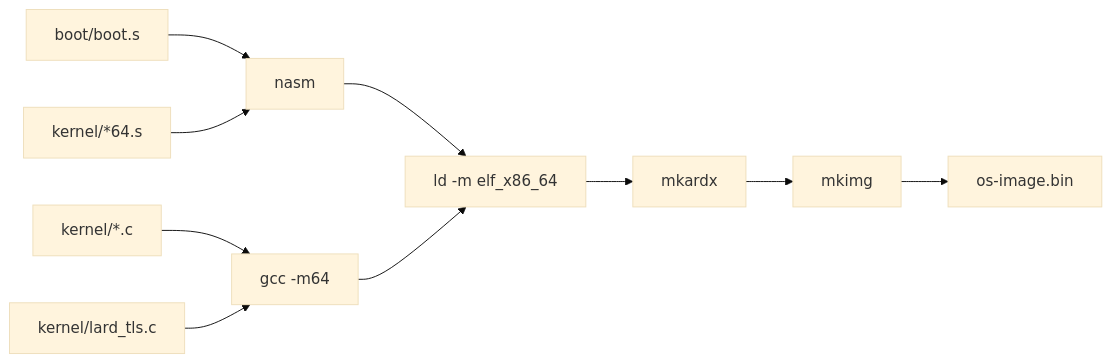
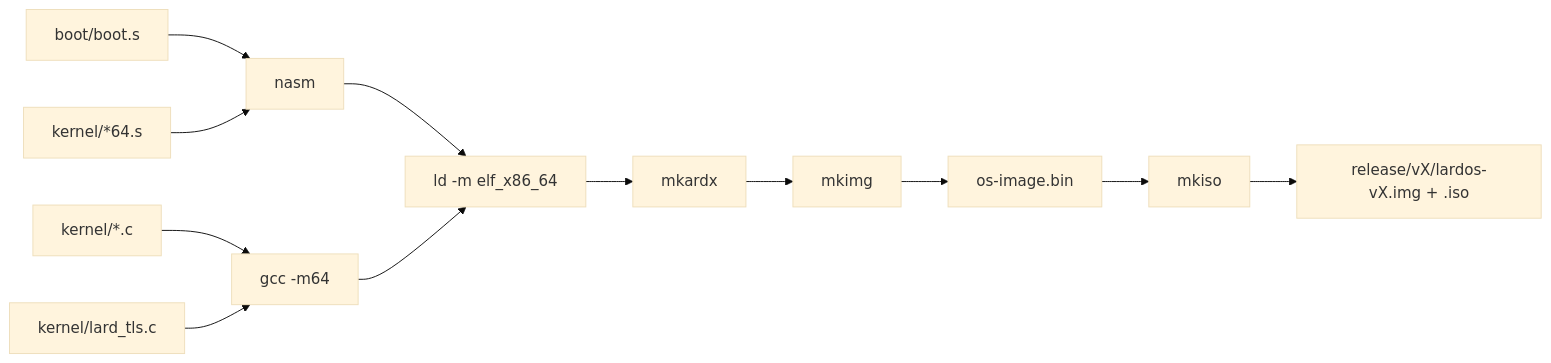
One commit to jgchoimd-web/lardos changed the third of 4 diagrams in os/ARCHITECTURE.md. Above: the diagram before and after it, drawn with Mermaid (base theme). The commit also changed other lines of this file and 24 other files, not shown here.

Commit message:
Release v1.5.0a with ISO and IMG artifacts

````diff
--- a/os/ARCHITECTURE.md
+++ b/os/ARCHITECTURE.md
@@ -73,21 +73,24 @@
 ```mermaid
 flowchart LR
     BootS["boot/boot.s"]
     KernelS["kernel/*64.s"]
     KernelC["kernel/*.c"]
     NativeTLS["kernel/lard_tls.c"]
     NASM["nasm"]
     GCC["gcc -m64"]
     LD["ld -m elf_x86_64"]
     MKARDX["mkardx"]
     MKIMG["mkimg"]
+    MKISO["mkiso"]
     Image["os-image.bin"]
+    Release["release/vX/lardos-vX.img + .iso"]
 
     BootS --> NASM
     KernelS --> NASM
     KernelC --> GCC
     NativeTLS --> GCC
     NASM --> LD
     GCC --> LD
     LD --> MKARDX --> MKIMG --> Image
+    Image --> MKISO --> Release
 ```
````
